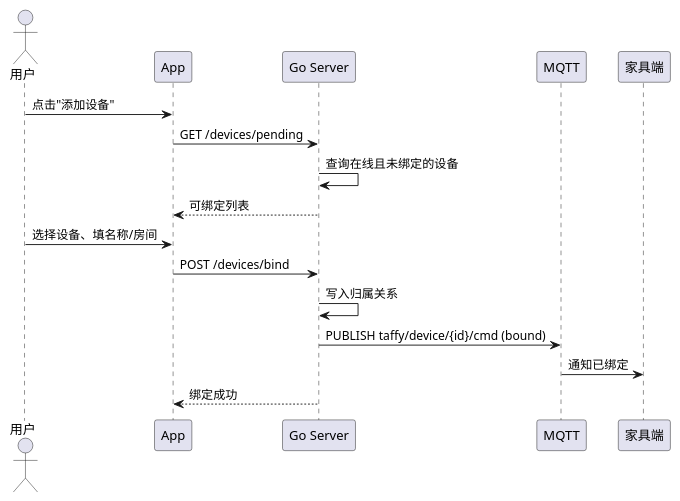
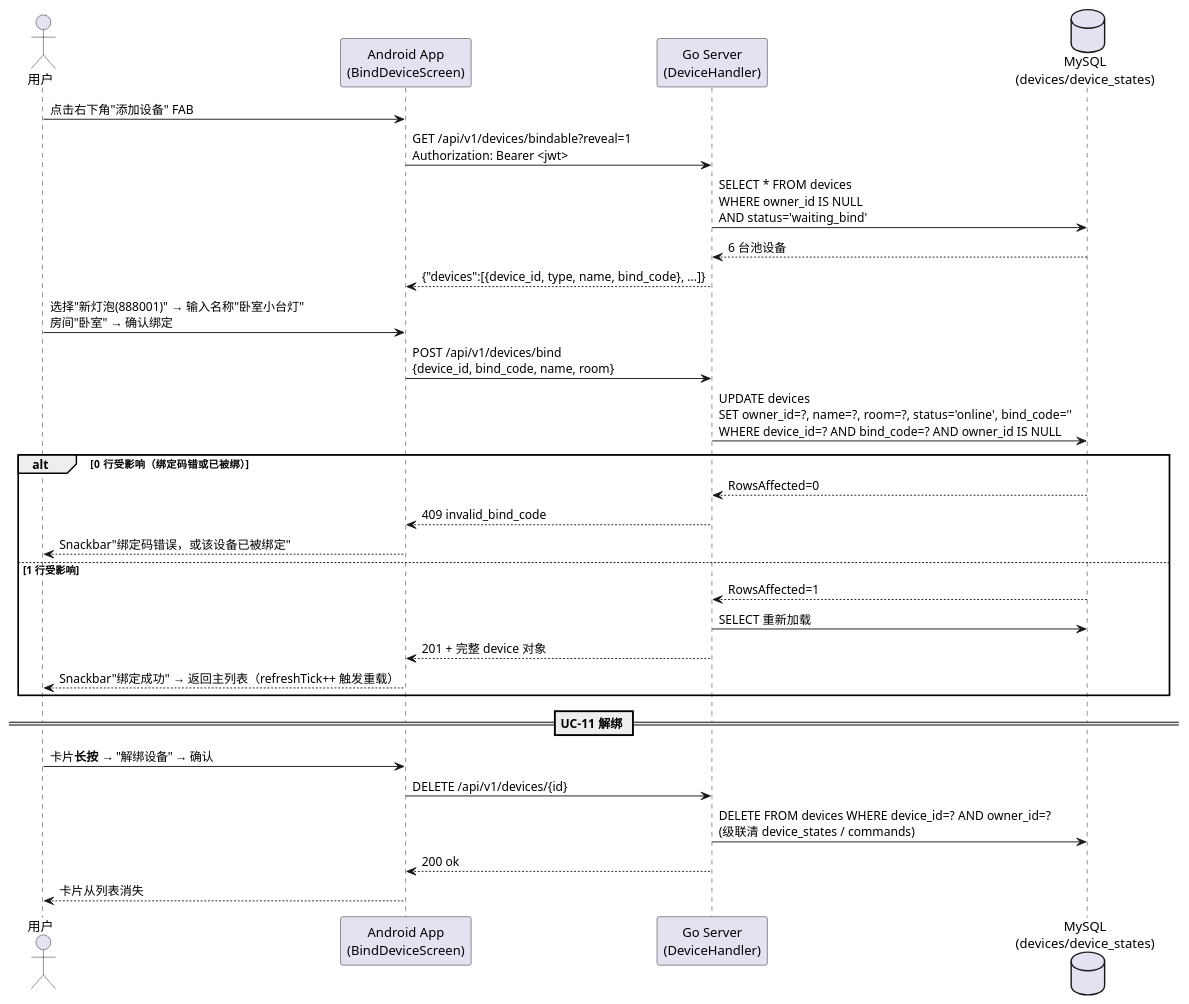
The fourth of 6 diagrams in docs/03-软件设计文档.md (Yoruko666/Taffy-Assistant), drawn with PlantUML before and after one commit. The commit also changed other lines of this file and 23 other files, not shown here.

````diff
--- a/docs/03-软件设计文档.md
+++ b/docs/03-软件设计文档.md
@@ -587,20 +601,35 @@
 ```plantuml
 @startuml
 actor 用户
-participant App
-participant "Go Server" as Srv
-participant MQTT as MQ
-participant 家具端 as Dev
+participant "Android App\n(BindDeviceScreen)" as App
+participant "Go Server\n(DeviceHandler)"     as Srv
+database "MySQL\n(devices/device_states)"    as DB
 
-用户 -> App : 点击"添加设备"
-App -> Srv : GET /devices/pending
-Srv -> Srv : 查询在线且未绑定的设备
-Srv --> App : 可绑定列表
-用户 -> App : 选择设备、填名称/房间
-App -> Srv : POST /devices/bind
-Srv -> Srv : 写入归属关系
-Srv -> MQ  : PUBLISH taffy/device/{id}/cmd (bound)
-MQ -> Dev  : 通知已绑定
-Srv --> App : 绑定成功
+用户 -> App : 点击右下角"添加设备" FAB
+App -> Srv  : GET /api/v1/devices/bindable?reveal=1\nAuthorization: Bearer <jwt>
+Srv -> DB   : SELECT * FROM devices\nWHERE owner_id IS NULL\nAND status='waiting_bind'
+DB  --> Srv : 6 台池设备
+Srv --> App : {"devices":[{device_id, type, name, bind_code}, ...]}
+
+用户 -> App : 选择"新灯泡(888001)" → 输入名称"卧室小台灯"\n房间"卧室" → 确认绑定
+App -> Srv  : POST /api/v1/devices/bind\n{device_id, bind_code, name, room}
+Srv -> DB   : UPDATE devices\nSET owner_id=?, name=?, room=?, status='online', bind_code=''\nWHERE device_id=? AND bind_code=? AND owner_id IS NULL
+alt 0 行受影响（绑定码错或已被绑）
+  DB  --> Srv : RowsAffected=0
+  Srv --> App : 409 invalid_bind_code
+  App --> 用户 : Snackbar"绑定码错误，或该设备已被绑定"
+else 1 行受影响
+  DB  --> Srv : RowsAffected=1
+  Srv -> DB   : SELECT 重新加载
+  Srv --> App : 201 + 完整 device 对象
+  App --> 用户 : Snackbar"绑定成功" → 返回主列表（refreshTick++ 触发重载）
+end
+
+== UC-11 解绑 ==
+用户 -> App : 卡片**长按** → "解绑设备" → 确认
+App -> Srv  : DELETE /api/v1/devices/{id}
+Srv -> DB   : DELETE FROM devices WHERE device_id=? AND owner_id=?\n(级联清 device_states / commands)
+Srv --> App : 200 ok
+App --> 用户 : 卡片从列表消失
 @enduml
 ```
````
